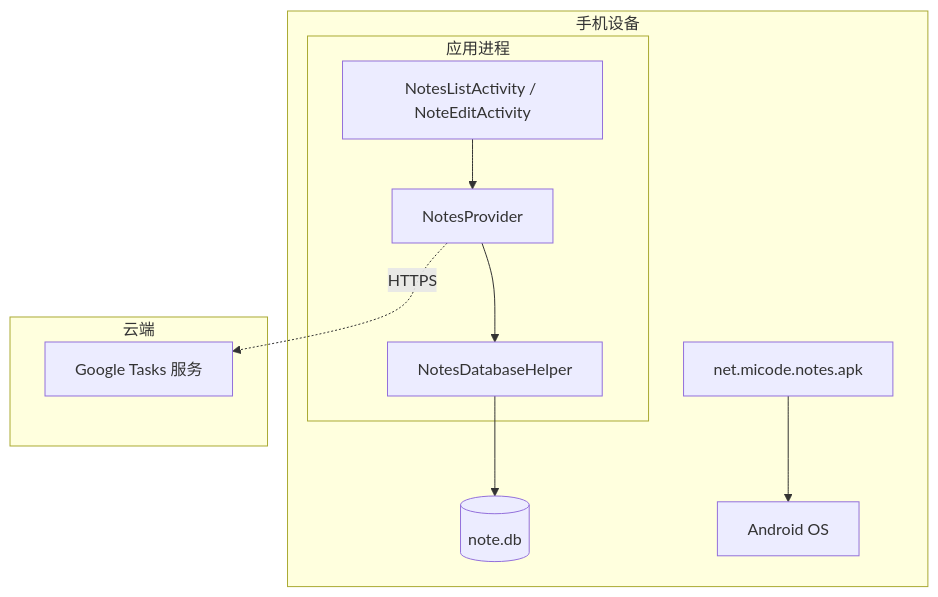
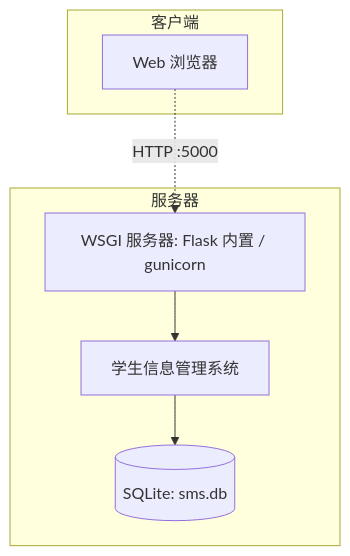
The diagram in docs/06-部署与项目管理.md (otreeevol/project), drawn with Mermaid before and after one commit. The commit also changed other lines of this file and 221 other files, not shown here.

First line of the commit message:
重构：自选项目学生信息管理系统（Flask + SQLite 三层架构）

````diff
--- a/docs/06-部署与项目管理.md
+++ b/docs/06-部署与项目管理.md
@@ -29,21 +29,14 @@
 ```mermaid
 graph TD
-    subgraph 手机设备
-        APK[net.micode.notes.apk]
-        subgraph 应用进程
-            UI[NotesListActivity / NoteEditActivity]
-            CP[NotesProvider]
-            DBH[NotesDatabaseHelper]
-        end
-        DB[(note.db)]
-        OS[Android OS]
-        UI --> CP
-        CP --> DBH
-        DBH --> DB
-        APK --> OS
+    subgraph 服务器
+        WSGI[WSGI 服务器: Flask 内置 / gunicorn]
+        App[学生信息管理系统]
+        DB[(SQLite: sms.db)]
+        WSGI --> App
+        App --> DB
     end
-    subgraph 云端
-        GT[Google Tasks 服务]
+    subgraph 客户端
+        Browser[Web 浏览器]
     end
-    CP -.->|HTTPS| GT
+    Browser -.->|HTTP :5000| WSGI
 ```
````
